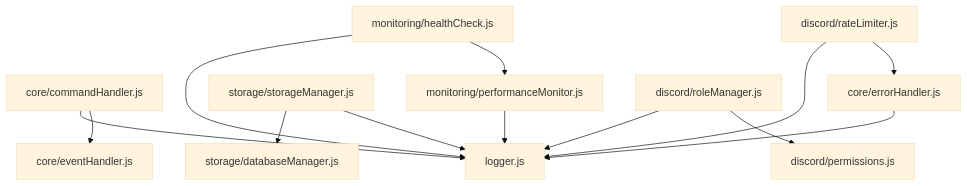
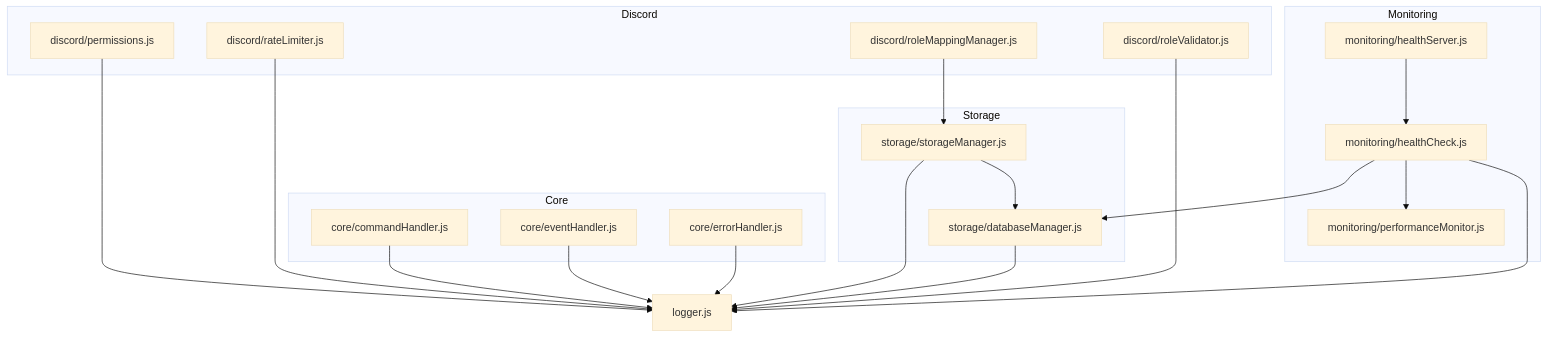
One commit to qodinger/role-reactor-bot changed the diagram in src/utils/README.md. Above: the diagram before and after it, drawn with Mermaid (base theme). The commit also changed other lines of this file and 19 other files, not shown here.

Commit message:
refactor: modularize monitoring, storage, and global utils

````diff
--- a/src/utils/README.md
+++ b/src/utils/README.md
@@ -75,15 +72,49 @@
 ```mermaid
 graph TD
-    A[core/commandHandler.js] --> B[logger.js]
-    A --> C[core/eventHandler.js]
-    D[core/errorHandler.js] --> B
-    E[storage/storageManager.js] --> F[storage/databaseManager.js]
-    E --> B
-    G[monitoring/performanceMonitor.js] --> B
-    H[monitoring/healthCheck.js] --> B
-    H --> G
-    I[discord/roleManager.js] --> B
-    I --> J[discord/permissions.js]
-    K[discord/rateLimiter.js] --> B
-    K --> D
+    subgraph Core
+        CommandHandler[core/commandHandler.js]
+        EventHandler[core/eventHandler.js]
+        ErrorHandler[core/errorHandler.js]
+    end
+
+    subgraph Storage
+        StorageManager[storage/storageManager.js]
+        DatabaseManager[storage/databaseManager.js]
+    end
+
+    subgraph Monitoring
+        HealthCheck[monitoring/healthCheck.js]
+        PerformanceMonitor[monitoring/performanceMonitor.js]
+        HealthServer[monitoring/healthServer.js]
+    end
+
+    subgraph Discord
+        Permissions[discord/permissions.js]
+        RateLimiter[discord/rateLimiter.js]
+        RoleMappingManager[discord/roleMappingManager.js]
+        RoleValidator[discord/roleValidator.js]
+    end
+
+    Logger[logger.js]
+
+    %% Dependencies
+    CommandHandler --> Logger
+    EventHandler --> Logger
+    ErrorHandler --> Logger
+
+    StorageManager --> DatabaseManager
+    StorageManager --> Logger
+    DatabaseManager --> Logger
+
+    HealthCheck --> Logger
+    HealthCheck --> PerformanceMonitor
+    HealthCheck --> DatabaseManager
+    HealthServer --> HealthCheck
+
+    RoleMappingManager --> StorageManager
+
+    %% Top-level commands and events will use these utils
+    Permissions --> Logger
+    RateLimiter --> Logger
+    RoleValidator --> Logger
 ```
````
